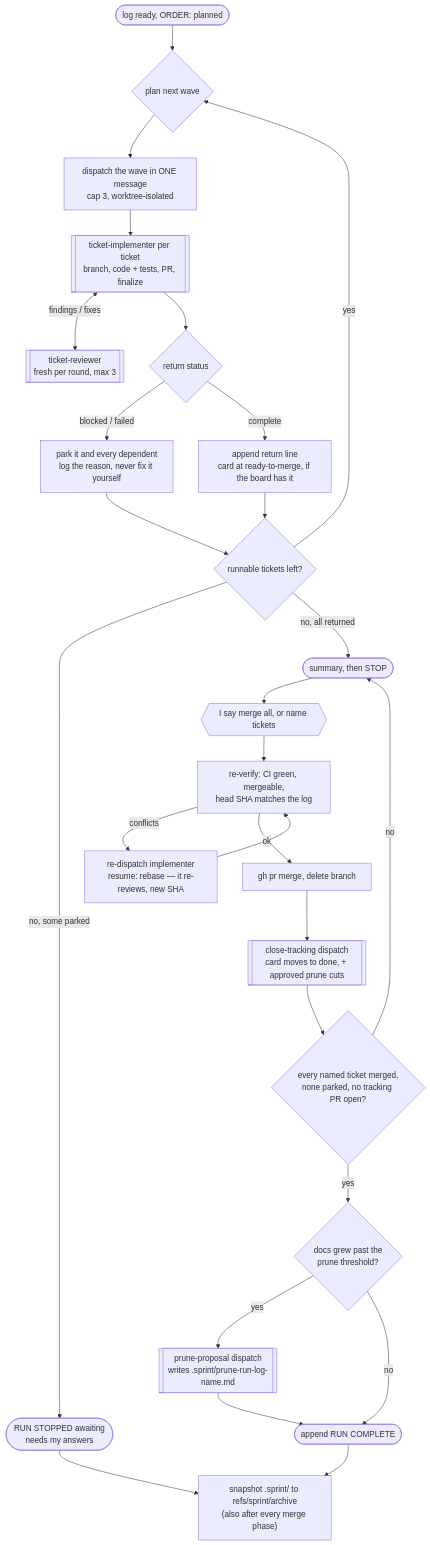
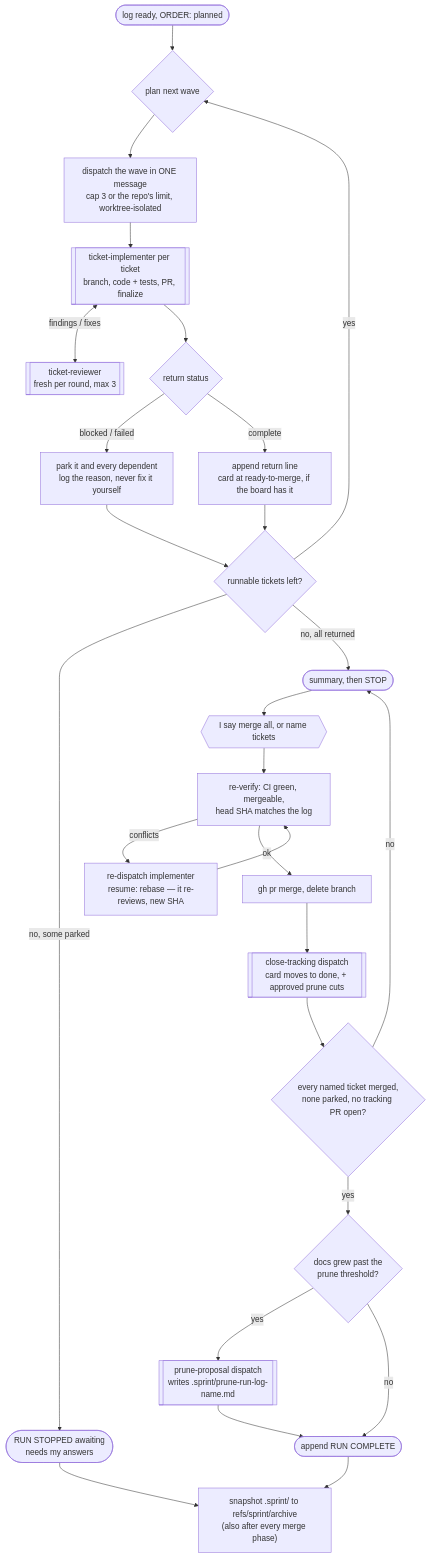
The second of 3 diagrams in sprint/SKILL.md (kyimoemin/skills), drawn with Mermaid before and after one commit. The commit also changed other lines of this file and 2 other files, not shown here.

First line of the commit message:
sprint: serialize shared-file tickets, repo-set parallel cap, split rare sections out

````diff
--- a/sprint/SKILL.md
+++ b/sprint/SKILL.md
@@ -271,42 +271,42 @@
 ```mermaid
 flowchart TB
     start(["log ready, ORDER: planned"]) --> wave{plan next wave}
     wave --> disp["dispatch the wave in ONE message
-cap 3, worktree-isolated"]
+cap 3 or the repo's limit, worktree-isolated"]
     disp --> impl[["ticket-implementer per ticket
 branch, code + tests, PR, finalize"]]
     impl <-- "findings / fixes" --> rev[["ticket-reviewer
 fresh per round, max 3"]]
     impl --> ret{return status}
     ret -- "blocked / failed" --> park["park it and every dependent
 log the reason, never fix it yourself"]
     ret -- "complete" --> rec["append return line
 card at ready-to-merge, if the board has it"]
     park --> left{runnable tickets left?}
     rec --> left
     left -- "yes" --> wave
     left -- "no, some parked" --> stopped(["RUN STOPPED awaiting
 needs my answers"])
     left -- "no, all returned" --> stop([summary, then STOP])
     stop --> word{{"I say merge all, or name tickets"}}
     word --> verify["re-verify: CI green, mergeable,
 head SHA matches the log"]
     verify -- "conflicts" --> redisp["re-dispatch implementer
 resume: rebase — it re-reviews, new SHA"]
     redisp --> verify
     verify -- "ok" --> merged["gh pr merge, delete branch"]
     merged --> close[["close-tracking dispatch
 card moves to done, + approved prune cuts"]]
     close --> all{"every named ticket merged,
 none parked, no tracking PR open?"}
     all -- "no" --> stop
     all -- "yes" --> prune{"docs grew past the
 prune threshold?"}
     prune -- "yes" --> prunedisp[["prune-proposal dispatch
 writes .sprint/prune-run-log-name.md"]]
     prune -- "no" --> complete([append RUN COMPLETE])
     prunedisp --> complete
     stopped --> arch["snapshot .sprint/ to refs/sprint/archive
 (also after every merge phase)"]
     complete --> arch
 ```
````
